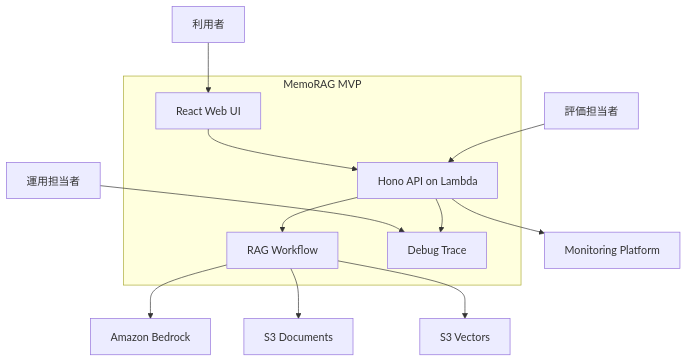
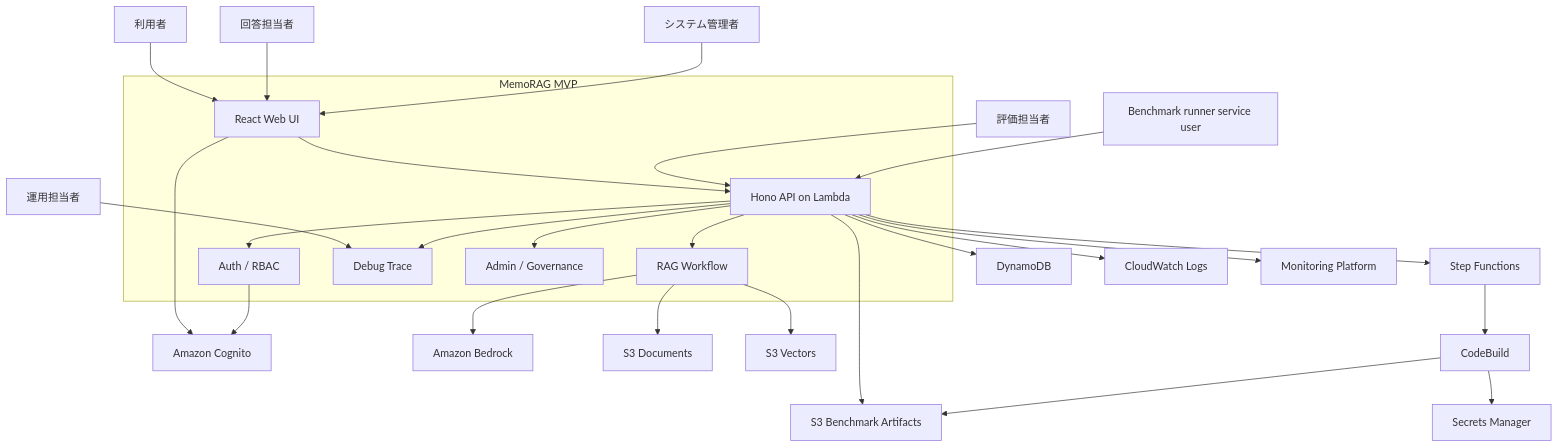
The diagram in memorag-bedrock-mvp/docs/2_アーキテクチャ_ARC/01_コンテキスト_CONTEXT/ARC_CONTEXT_001.md (tsuji-tomonori/rag-assist), drawn with Mermaid before and after one commit. The commit also changed other lines of this file and 6 other files, not shown here.

First line of the commit message:
📝 docs(architecture): 能力マップで横断ビュー整理

````diff
--- a/memorag-bedrock-mvp/docs/2_アーキテクチャ_ARC/01_コンテキスト_CONTEXT/ARC_CONTEXT_001.md
+++ b/memorag-bedrock-mvp/docs/2_アーキテクチャ_ARC/01_コンテキスト_CONTEXT/ARC_CONTEXT_001.md
@@ -16,29 +16,55 @@
 ```mermaid
 flowchart TB
   User[利用者]
+  Answerer[回答担当者]
   Evaluator[評価担当者]
   Operator[運用担当者]
+  SysAdmin[システム管理者]
+  Runner[Benchmark runner service user]
 
   subgraph MemoRAG[MemoRAG MVP]
     Web[React Web UI]
     Api[Hono API on Lambda]
+    Auth[Auth / RBAC]
     Rag[RAG Workflow]
     Trace[Debug Trace]
+    Admin[Admin / Governance]
   end
 
+  Cognito[Amazon Cognito]
   Bedrock[Amazon Bedrock]
+  Dynamo[DynamoDB]
   DocStore[S3 Documents]
   VectorStore[S3 Vectors]
+  BenchmarkStore[S3 Benchmark Artifacts]
+  StepFunctions[Step Functions]
+  CodeBuild[CodeBuild]
+  Secrets[Secrets Manager]
+  Logs[CloudWatch Logs]
   Monitor[Monitoring Platform]
 
   User --> Web
+  Answerer --> Web
   Web --> Api
+  SysAdmin --> Web
   Evaluator --> Api
+  Runner --> Api
   Operator --> Trace
+  Web --> Cognito
   Api --> Rag
+  Api --> Auth
+  Api --> Admin
+  Auth --> Cognito
   Rag --> Bedrock
   Rag --> DocStore
   Rag --> VectorStore
+  Api --> Dynamo
   Api --> Trace
+  Api --> BenchmarkStore
+  Api --> StepFunctions
+  StepFunctions --> CodeBuild
+  CodeBuild --> Secrets
+  CodeBuild --> BenchmarkStore
+  Api --> Logs
   Api --> Monitor
 ```
````
